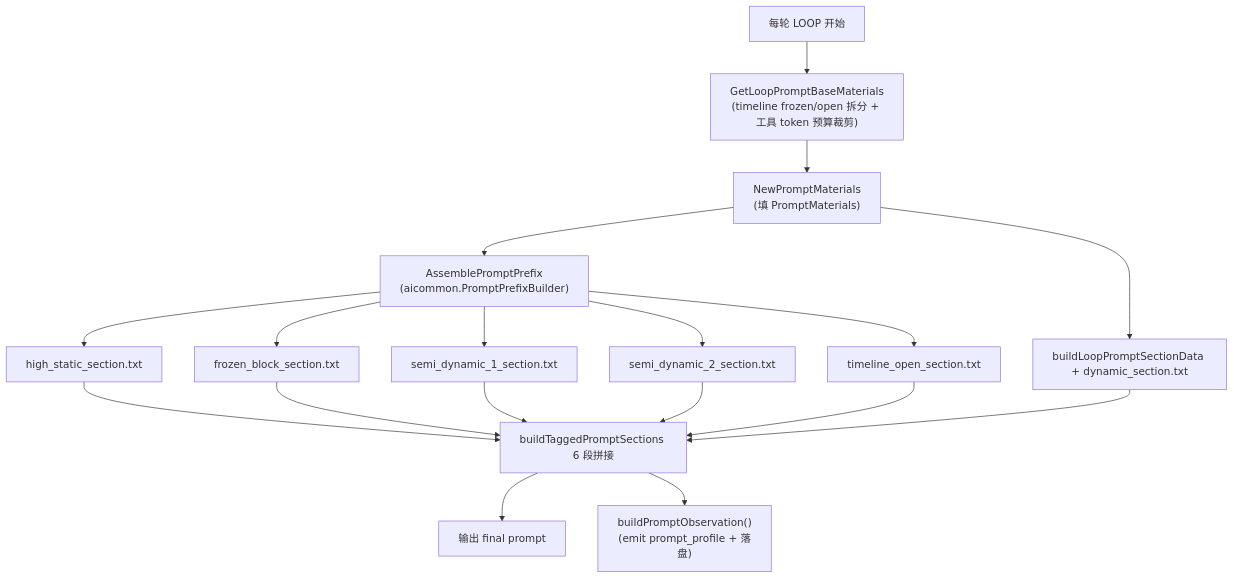
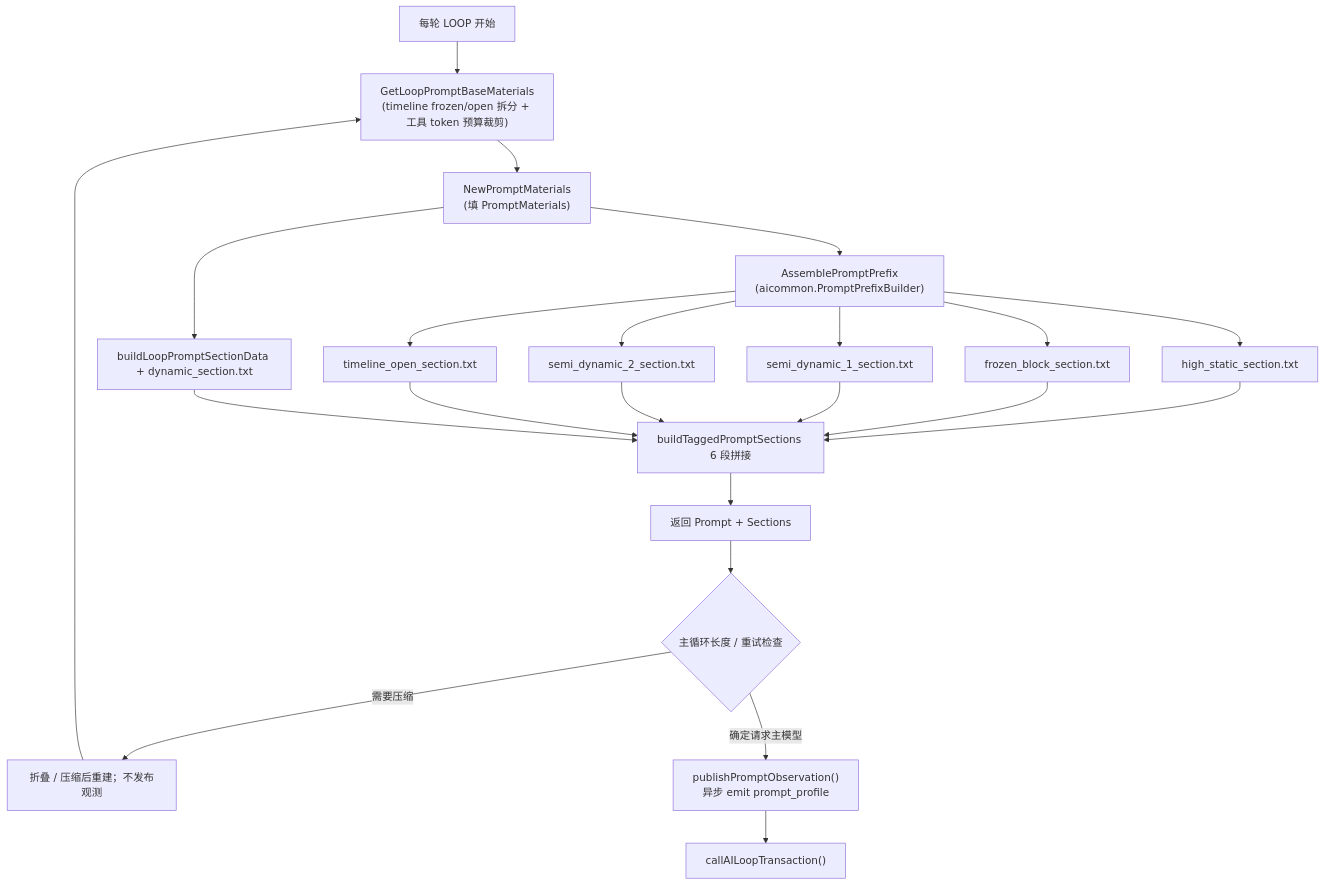
Before and after one commit to yaklang/yaklang: the first of 2 diagrams in common/ai/aid/aireact/reactloops/docs/03-prompt-system.md, drawn with Mermaid. The commit also changed other lines of this file and 19 other files, not shown here.

First line of the commit message:
fix(ai): publish prompt profiles only for model requests

````diff
--- a/common/ai/aid/aireact/reactloops/docs/03-prompt-system.md
+++ b/common/ai/aid/aireact/reactloops/docs/03-prompt-system.md
@@ -18,20 +18,24 @@
 ```mermaid
 flowchart TD
     A["每轮 LOOP 开始"] --> B["GetLoopPromptBaseMaterials<br/>(timeline frozen/open 拆分 + 工具 token 预算裁剪)"]
     B --> C["NewPromptMaterials<br/>(填 PromptMaterials)"]
     C --> D["AssemblePromptPrefix<br/>(aicommon.PromptPrefixBuilder)"]
     D --> D1["high_static_section.txt"]
     D --> D2["frozen_block_section.txt"]
     D --> D3["semi_dynamic_1_section.txt"]
     D --> D4["semi_dynamic_2_section.txt"]
     D --> D5["timeline_open_section.txt"]
     C --> E["buildLoopPromptSectionData + dynamic_section.txt"]
     D1 --> F["buildTaggedPromptSections 6 段拼接"]
     D2 --> F
     D3 --> F
     D4 --> F
     D5 --> F
     E --> F
-    F --> G["输出 final prompt"]
-    F --> H["buildPromptObservation()<br/>(emit prompt_profile + 落盘)"]
+    F --> G["返回 Prompt + Sections"]
+    G --> H{"主循环长度 / 重试检查"}
+    H -->|需要压缩| I["折叠 / 压缩后重建；不发布观测"]
+    I --> B
+    H -->|确定请求主模型| J["publishPromptObservation()<br/>异步 emit prompt_profile"]
+    J --> K["callAILoopTransaction()"]
 ```
````
